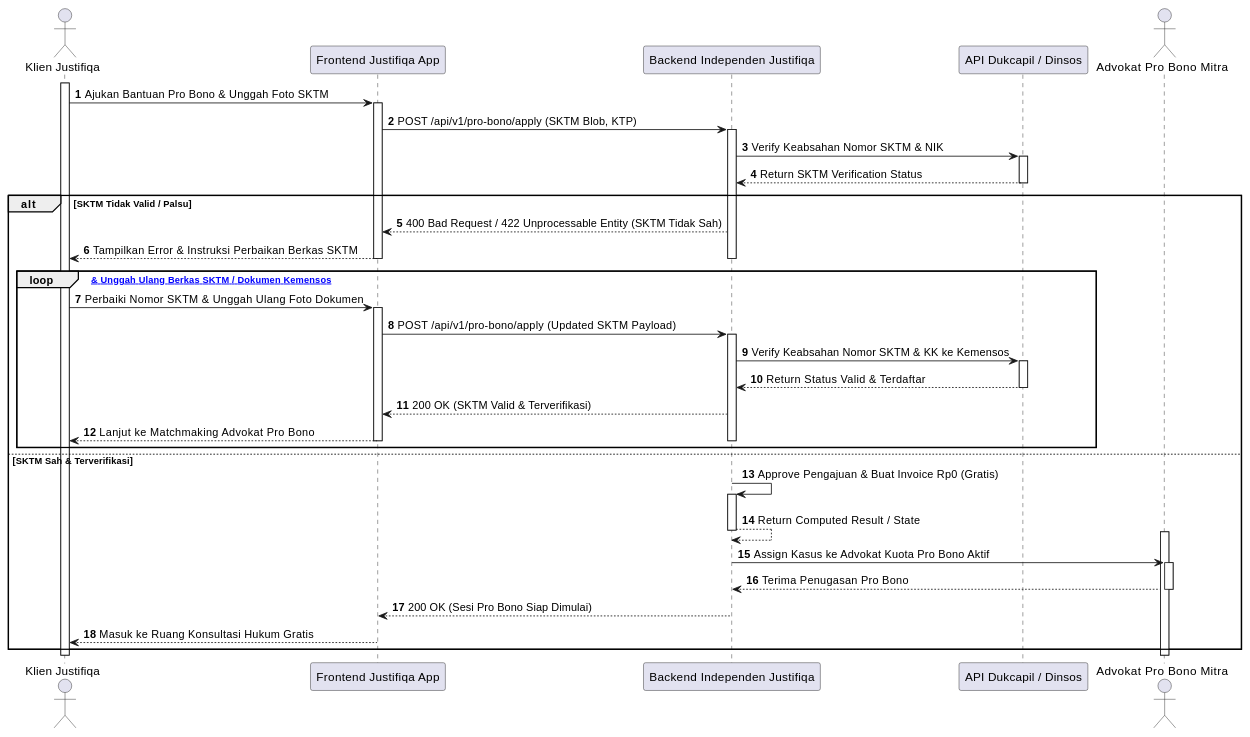
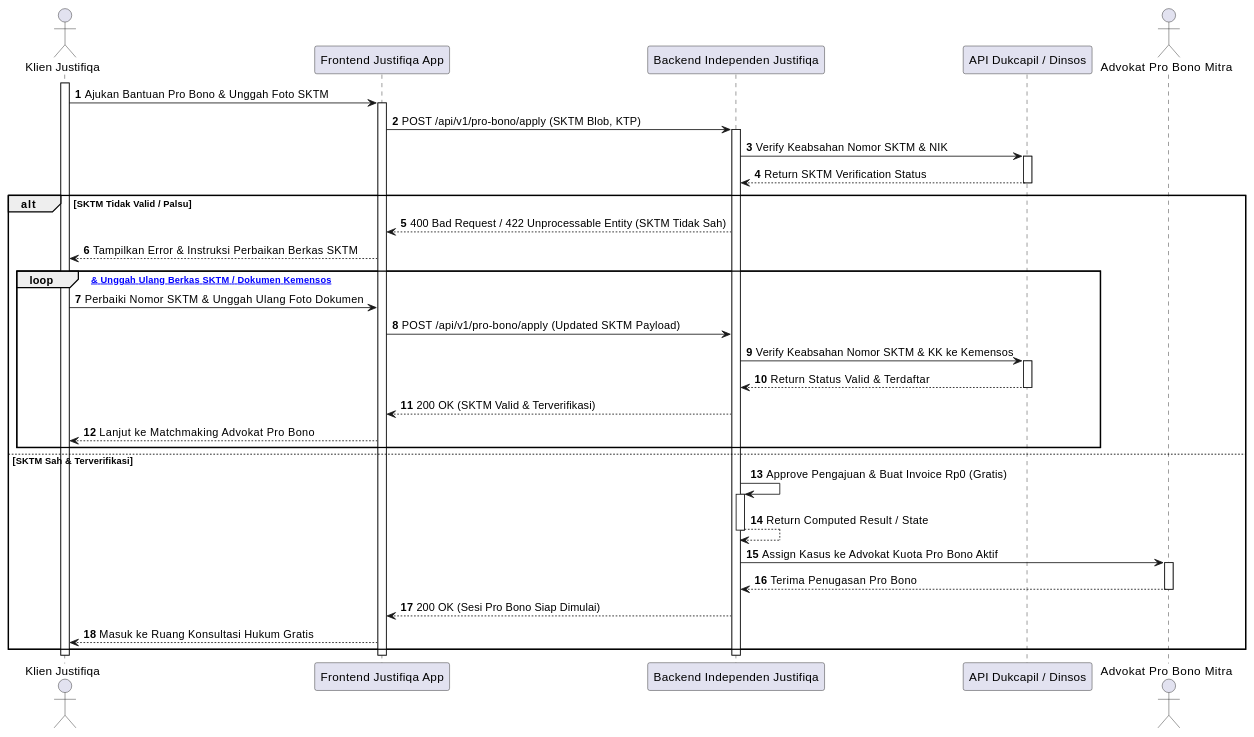
The seventh of 27 diagrams in MarkDown/plantuml_sequence_diagrams.md (tupperwureism/SuperApp-Gagal), drawn with PlantUML before and after one commit. The commit also changed other lines of this file and 3 other files, not shown here.

Commit message:
fix(uml): enforce Continuous Activation Rule across alt/else/loop branches in SD-J-01, SD-Q-01, SD-J-02, SD-Q-02, SD-J-04, SD-Q-04, and SD-J-07 by removing premature deactivations and standalone activates

````diff
--- a/MarkDown/plantuml_sequence_diagrams.md
+++ b/MarkDown/plantuml_sequence_diagrams.md
@@ -424,48 +400,41 @@
 ```plantuml
 @startuml
 autonumber
 actor "Klien Justifiqa" as Klien
 participant "Frontend Justifiqa App" as FE
 participant "Backend Independen Justifiqa" as BE
 participant "API Dukcapil / Dinsos" as Ext
 actor "Advokat Pro Bono Mitra" as Mitra
 
 activate Klien
 Klien -> FE ++ : Ajukan Bantuan Pro Bono & Unggah Foto SKTM
 FE -> BE ++ : POST /api/v1/pro-bono/apply (SKTM Blob, KTP)
 BE -> Ext ++ : Verify Keabsahan Nomor SKTM & NIK
 Ext --> BE -- : Return SKTM Verification Status
 
 alt SKTM Tidak Valid / Palsu
     BE --> FE : 400 Bad Request / 422 Unprocessable Entity (SKTM Tidak Sah)
     FE --> Klien : Tampilkan Error & Instruksi Perbaikan Berkas SKTM
-    deactivate BE
-    deactivate FE
     
     loop [Revisi & Unggah Ulang Berkas SKTM / Dokumen Kemensos]
-        Klien -> FE ++ : Perbaiki Nomor SKTM & Unggah Ulang Foto Dokumen
-        FE -> BE ++ : POST /api/v1/pro-bono/apply (Updated SKTM Payload)
+        Klien -> FE : Perbaiki Nomor SKTM & Unggah Ulang Foto Dokumen
+        FE -> BE : POST /api/v1/pro-bono/apply (Updated SKTM Payload)
         BE -> Ext ++ : Verify Keabsahan Nomor SKTM & KK ke Kemensos
         Ext --> BE -- : Return Status Valid & Terdaftar
         BE --> FE : 200 OK (SKTM Valid & Terverifikasi)
         FE --> Klien : Lanjut ke Matchmaking Advokat Pro Bono
-        deactivate BE
-        deactivate FE
     end
 else SKTM Sah & Terverifikasi
-    activate BE
-    activate FE
     BE -> BE ++ : Approve Pengajuan & Buat Invoice Rp0 (Gratis)
     BE --> BE -- : Return Computed Result / State
-activate Mitra
     BE -> Mitra ++ : Assign Kasus ke Advokat Kuota Pro Bono Aktif
     Mitra --> BE -- : Terima Penugasan Pro Bono
     BE --> FE : 200 OK (Sesi Pro Bono Siap Dimulai)
     FE --> Klien : Masuk ke Ruang Konsultasi Hukum Gratis
 end
 deactivate BE
 deactivate FE
 deactivate Klien
 deactivate Mitra
 @enduml
 ```
````
